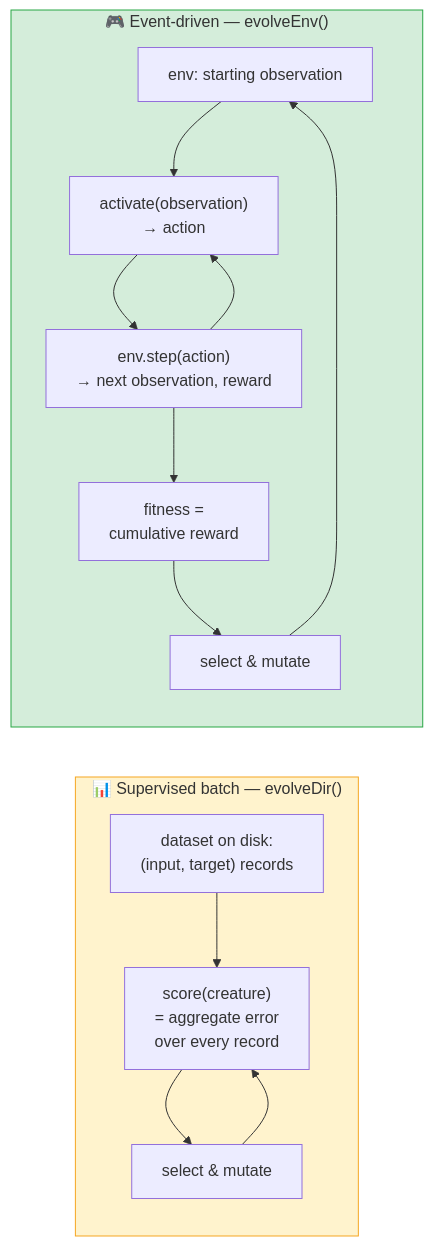
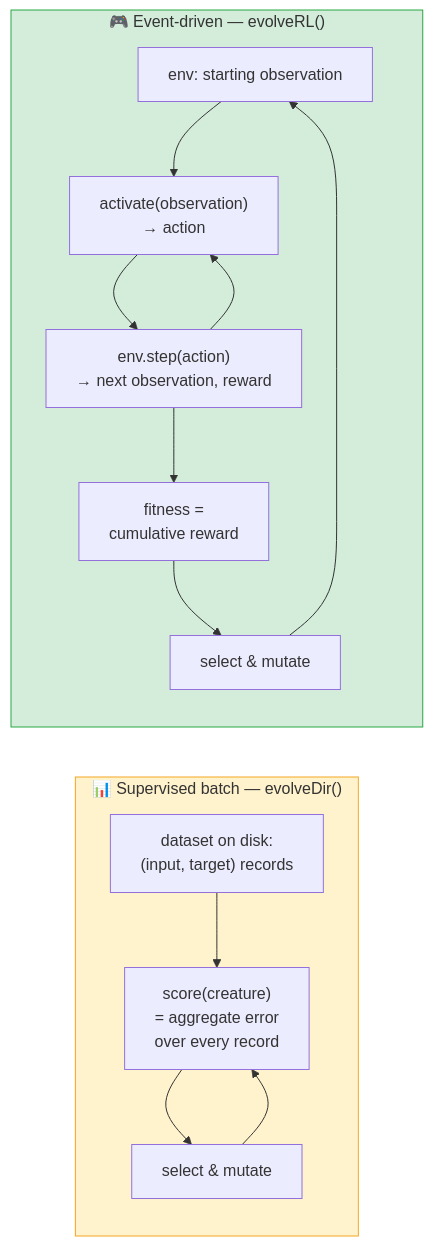
One commit to stSoftwareAU/NEAT-AI-Examples changed the diagram in docs/event-driven-evolution.md. Above: the diagram before and after it, drawn with Mermaid. The commit also changed other lines of this file and 3 other files, not shown here.

First line of the commit message:
🟠 docs/event-driven-evolution.md still shows the completed evolveRL migrations as pending (Issue #787) (#794)

````diff
--- a/docs/event-driven-evolution.md
+++ b/docs/event-driven-evolution.md
@@ -26,24 +26,24 @@
 ```mermaid
 flowchart LR
     subgraph supervised ["📊 Supervised batch — evolveDir()"]
         direction TB
         S1["dataset on disk:<br/>(input, target) records"]
         S2["score(creature)<br/>= aggregate error<br/>over every record"]
         S3["select &amp; mutate"]
         S1 --> S2 --> S3 --> S2
     end
 
-    subgraph eventDriven ["🎮 Event-driven — evolveEnv()"]
+    subgraph eventDriven ["🎮 Event-driven — evolveRL()"]
         direction TB
         E1["env: starting observation"]
         E2["activate(observation)<br/>→ action"]
         E3["env.step(action)<br/>→ next observation, reward"]
         E4["fitness =<br/>cumulative reward"]
         E5["select &amp; mutate"]
         E1 --> E2 --> E3 --> E2
         E3 --> E4 --> E5 --> E1
     end
 
     style supervised fill:#fff3cd,stroke:#f5a623,color:#333
     style eventDriven fill:#d4edda,stroke:#28a745,color:#333
 ```
````
